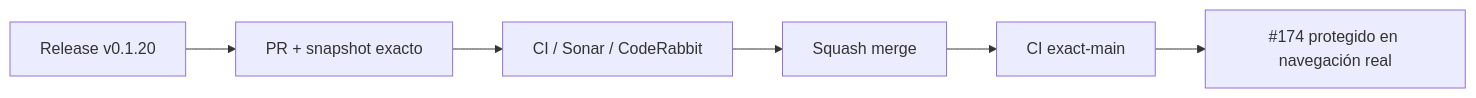
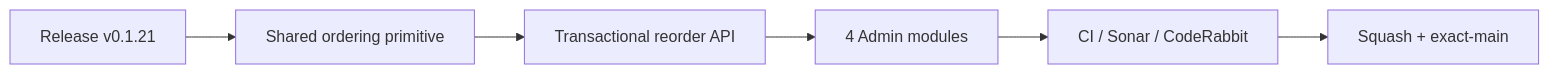
The diagram in README.md (pl0n3r/brvtal), drawn with Mermaid before and after one commit. The commit also changed other lines of this file and 3 other files, not shown here.

Commit message:
docs: define visual ordering release

````diff
--- a/README.md
+++ b/README.md
@@ -48,8 +49,8 @@
 ```mermaid
 flowchart LR
- A["Release v0.1.20"] --> P["PR + snapshot exacto"]
- P --> Q["CI / Sonar / CodeRabbit"]
- Q --> M["Squash merge"]
- M --> X["CI exact-main"]
- X --> N["#174 protegido en navegación real"]
+ A["Release v0.1.21"] --> U["Shared ordering primitive"]
+ U --> API["Transactional reorder API"]
+ API --> M["4 Admin modules"]
+ M --> Q["CI / Sonar / CodeRabbit"]
+ Q --> X["Squash + exact-main"]
 ```
````
